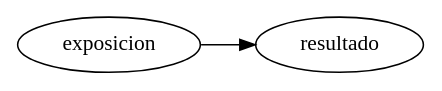
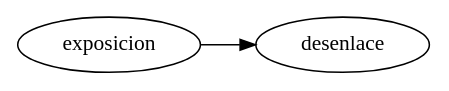
The first of 3 diagrams in moduloVI_03/confusion_interaccion/index.qmd (datos-ine/UASB), drawn with Graphviz before and after one commit. The commit also changed other lines of this file and 1 other file, not shown here.

````diff
--- a/moduloVI_03/confusion_interaccion/index.qmd
+++ b/moduloVI_03/confusion_interaccion/index.qmd
@@ -172,12 +171,12 @@
 ```{dot}
 //| echo: false
-//| fig-width: 6
+//| fig-width: 8
 digraph G {
   rankdir="LR";
   ratio = compress;
-  size=8;
+  size=10;
   margin=0;
-  exposicion->resultado
+  exposicion->desenlace
 }
 
 ```
````
